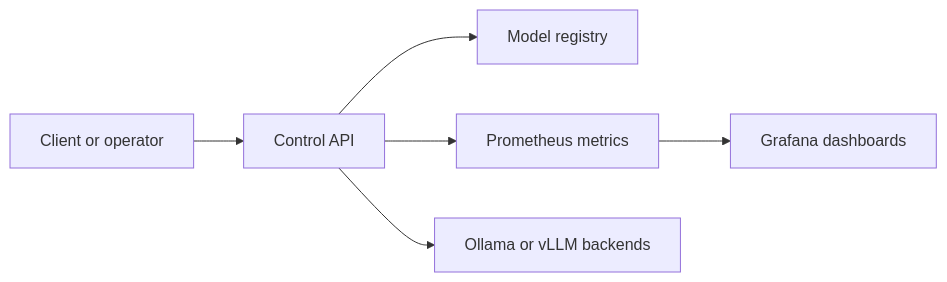
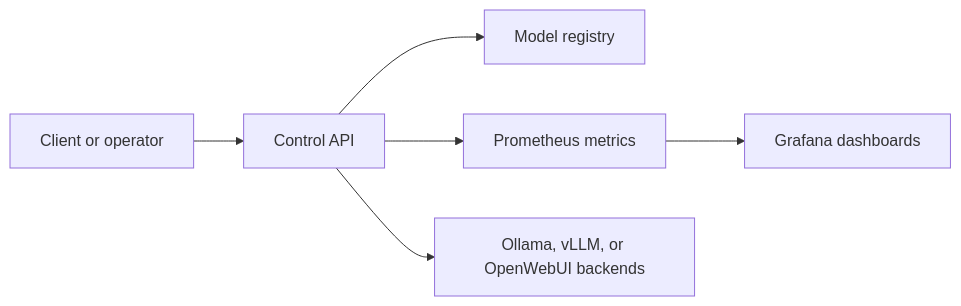
Before and after one commit to justrunme/ai-infra-control-plane: the diagram in docs/architecture.md, drawn with Mermaid. The commit also changed other lines of this file and 1 other file, not shown here.

````diff
--- a/docs/architecture.md
+++ b/docs/architecture.md
@@ -16,8 +19,8 @@
 ```mermaid
 flowchart LR
   Client[Client or operator] --> API[Control API]
   API --> Registry[Model registry]
   API --> Metrics[Prometheus metrics]
-  API --> Backends[Ollama or vLLM backends]
+  API --> Backends[Ollama, vLLM, or OpenWebUI backends]
   Metrics --> Grafana[Grafana dashboards]
 ```
````
